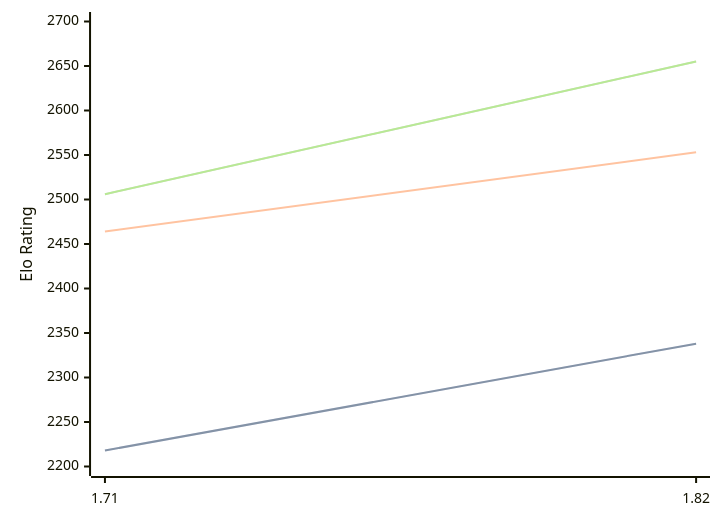
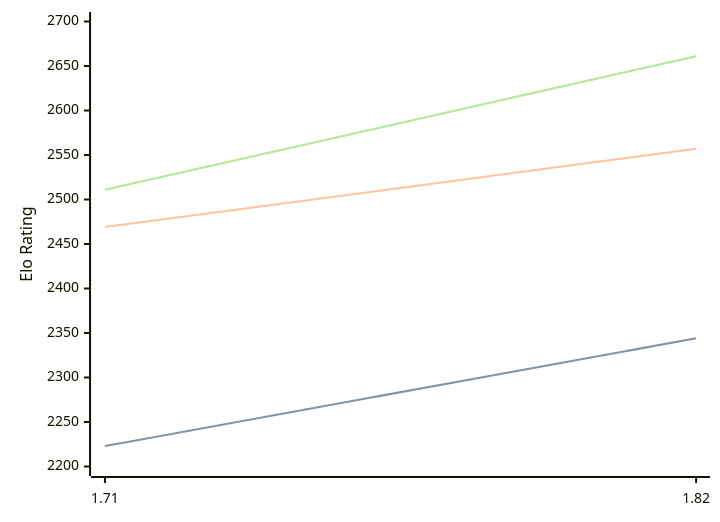
Before and after one commit to computer-chess-index/cci: the diagram in engines/Amira.md, drawn with Mermaid. The commit also changed other lines of this file, not shown here.

Commit message:
Update CCI Ratings (ELO VLTC) - 2026-04-14

````diff
--- a/engines/Amira.md
+++ b/engines/Amira.md
@@ -35,11 +35,11 @@
 ```mermaid
 %%{init: {"theme":"base","themeVariables":{"seriesColors:['#a3a3a3','#222221','#faa371']}}}%%
 xychart-beta
   x-axis ["1.71", "1.82"]
   y-axis "Elo Rating" 2200 --> 2700
-  line "STC (8.0+0.08s)" [2218, 2338]
-  line "STC (8.0+0.08s)" [2218, 2338]
-  line "LTC (60.0+0.60s)" [2464, 2553]
-  line "VLTC (2m24s+1.12s)" [2506, 2655]
-  line "VLTC (2m24s+1.12s)" [2506, 2655]
+  line "STC (8.0+0.08s)" [2223, 2344]
+  line "STC (8.0+0.08s)" [2223, 2344]
+  line "LTC (60.0+0.60s)" [2469, 2557]
+  line "VLTC (2m24s+1.12s)" [2511, 2661]
+  line "VLTC (2m24s+1.12s)" [2511, 2661]
 ```
````
